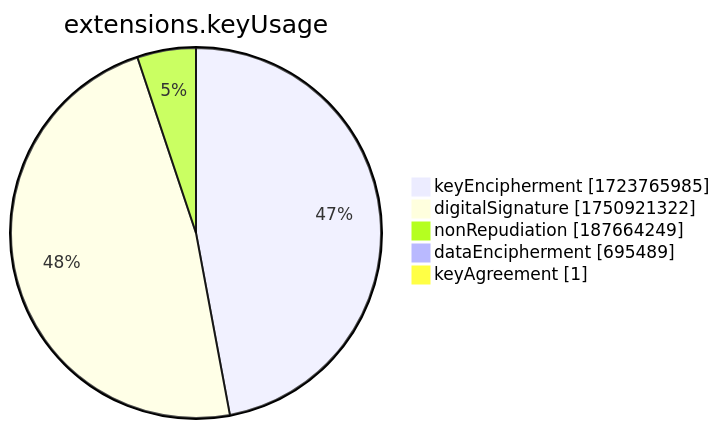
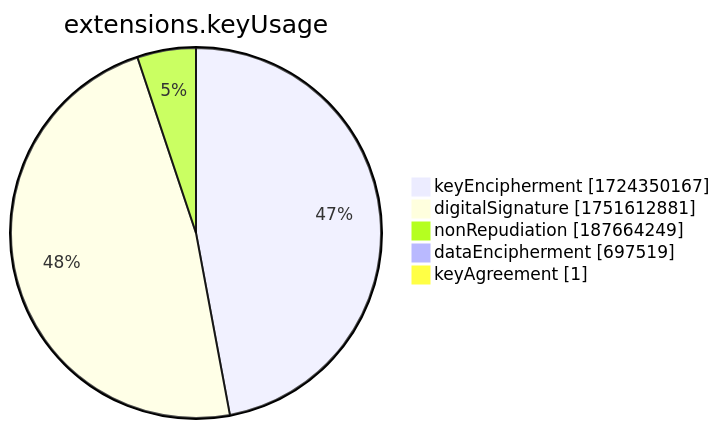
Before and after one commit to christiankrug/ctmonitor_visualization: the seventh of 15 diagrams in xenon2022/README.md, drawn with Mermaid. The commit also changed other lines of this file, not shown here.

````diff
--- a/xenon2022/README.md
+++ b/xenon2022/README.md
@@ -2859,9 +2859,9 @@
 ```mermaid
 pie showData
 title extensions.keyUsage
-"keyEncipherment" :1723765985
-"digitalSignature" :1750921322
+"keyEncipherment" :1724350167
+"digitalSignature" :1751612881
 "nonRepudiation" :187664249
-"dataEncipherment" :695489
+"dataEncipherment" :697519
 "keyAgreement" :1
 ```
````
